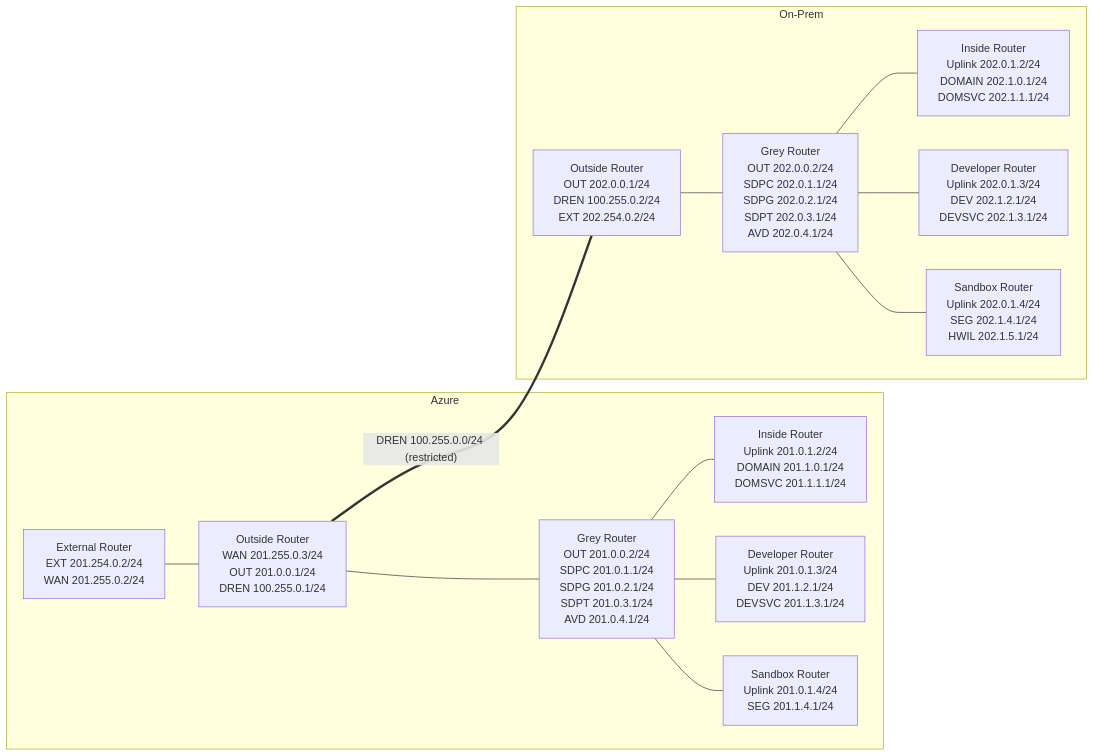
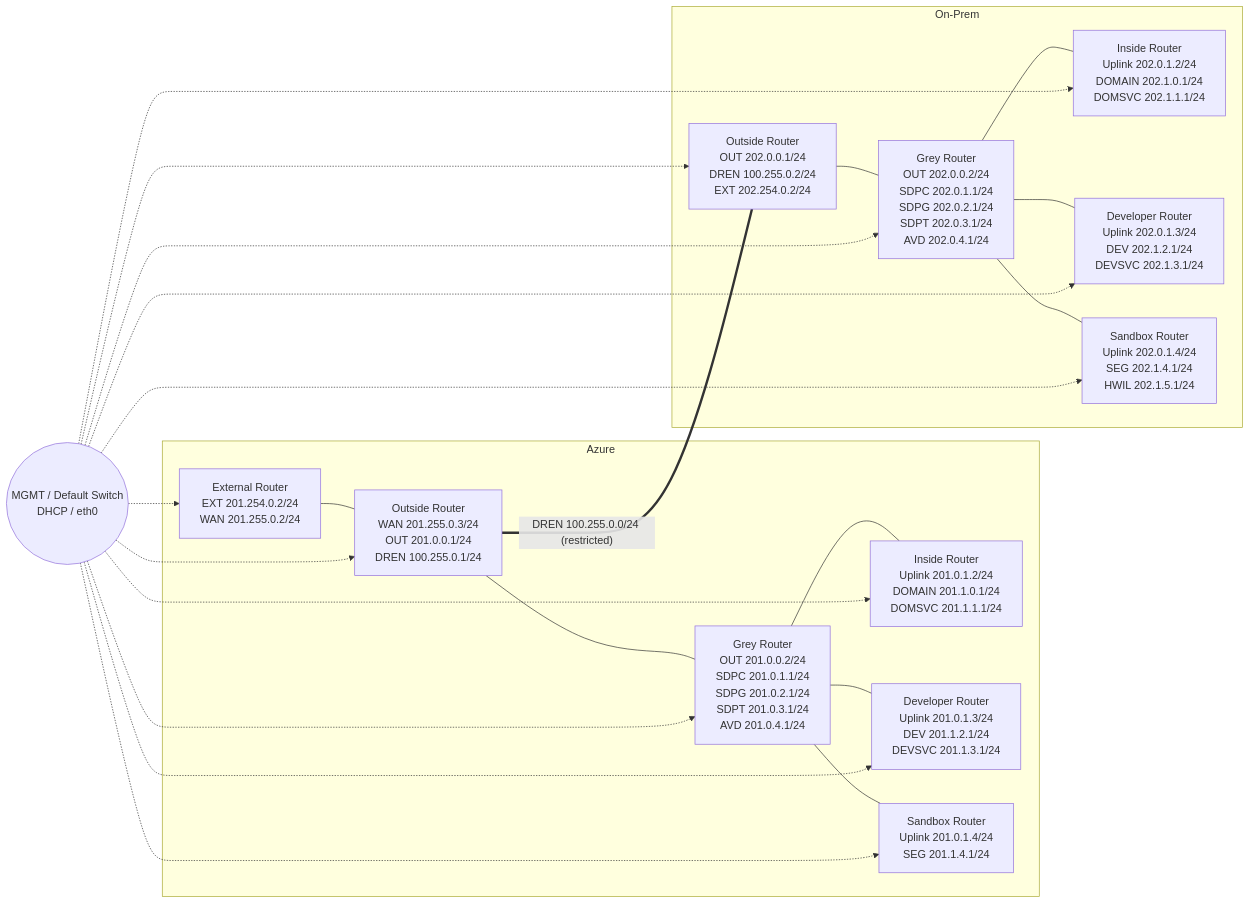
One commit to cantrellr/vyos-appgate-dren-lab changed the diagram in diagrams/topology.mmd. Above: the diagram before and after it, drawn with Mermaid. The commit also changed 18 other files, not shown here.

```diff
--- a/diagrams/topology.mmd
+++ b/diagrams/topology.mmd
@@ -1,30 +1,43 @@
+%% eth0 = MGMT via Hyper-V Default Switch (DHCP) for all nodes
 flowchart LR
+  MGMT(("MGMT / Default Switch\nDHCP / eth0"))
   subgraph AZ[Azure]
     EXT[External Router\nEXT 201.254.0.2/24\nWAN 201.255.0.2/24]
     OUT[Outside Router\nWAN 201.255.0.3/24\nOUT 201.0.0.1/24\nDREN 100.255.0.1/24]
     GREY[Grey Router\nOUT 201.0.0.2/24\nSDPC 201.0.1.1/24\nSDPG 201.0.2.1/24\nSDPT 201.0.3.1/24\nAVD 201.0.4.1/24]
     INS[Inside Router\nUplink 201.0.1.2/24\nDOMAIN 201.1.0.1/24\nDOMSVC 201.1.1.1/24]
     DEV[Developer Router\nUplink 201.0.1.3/24\nDEV 201.1.2.1/24\nDEVSVC 201.1.3.1/24]
     SBX[Sandbox Router\nUplink 201.0.1.4/24\nSEG 201.1.4.1/24]
 
     EXT --- OUT
     OUT --- GREY
     GREY --- INS
     GREY --- DEV
     GREY --- SBX
   end
 
   subgraph ONP[On-Prem]
     OUT2[Outside Router\nOUT 202.0.0.1/24\nDREN 100.255.0.2/24\nEXT 202.254.0.2/24]
     GREY2[Grey Router\nOUT 202.0.0.2/24\nSDPC 202.0.1.1/24\nSDPG 202.0.2.1/24\nSDPT 202.0.3.1/24\nAVD 202.0.4.1/24]
     INS2[Inside Router\nUplink 202.0.1.2/24\nDOMAIN 202.1.0.1/24\nDOMSVC 202.1.1.1/24]
     DEV2[Developer Router\nUplink 202.0.1.3/24\nDEV 202.1.2.1/24\nDEVSVC 202.1.3.1/24]
     SBX2[Sandbox Router\nUplink 202.0.1.4/24\nSEG 202.1.4.1/24\nHWIL 202.1.5.1/24]
 
     OUT2 --- GREY2
     GREY2 --- INS2
     GREY2 --- DEV2
     GREY2 --- SBX2
   end
 
   OUT ===|"DREN 100.255.0.0/24 (restricted)"| OUT2
+  MGMT -.-> EXT
+  MGMT -.-> OUT
+  MGMT -.-> GREY
+  MGMT -.-> INS
+  MGMT -.-> DEV
+  MGMT -.-> SBX
+  MGMT -.-> OUT2
+  MGMT -.-> GREY2
+  MGMT -.-> INS2
+  MGMT -.-> DEV2
+  MGMT -.-> SBX2
```
